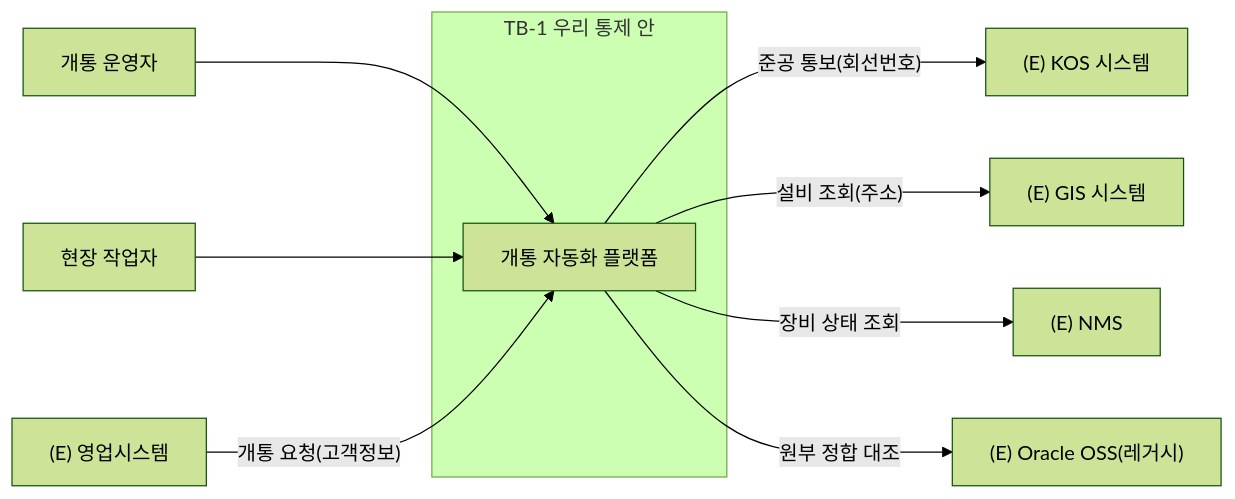
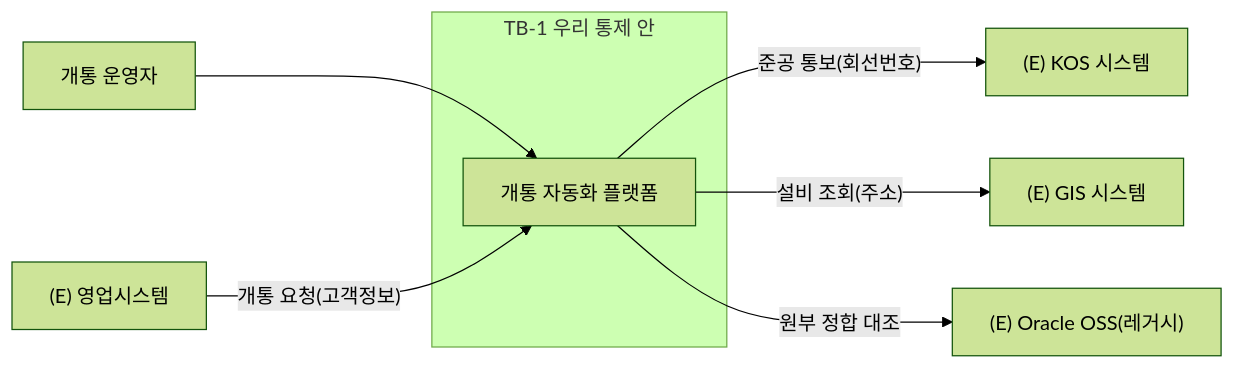
Before and after one commit to unicorn-campus/design-agentic-ai: the second of 2 diagrams in guides/02-논리아키텍처-가이드.md, drawn with Mermaid (forest theme). The commit also changed other lines of this file and 19 other files, not shown here.

````diff
--- a/guides/02-논리아키텍처-가이드.md
+++ b/guides/02-논리아키텍처-가이드.md
@@ -118,13 +127,11 @@
 ```mermaid
 flowchart LR
   OP["개통 운영자"] --> SYS
-  FW["현장 작업자"] --> SYS
   subgraph TB1["TB-1 우리 통제 안"]
     SYS["개통 자동화 플랫폼"]
   end
   SYS -->|"준공 통보(회선번호)"| KOS["(E) KOS 시스템"]
   SYS -->|"설비 조회(주소)"| GIS["(E) GIS 시스템"]
-  SYS -->|"장비 상태 조회"| NMS["(E) NMS"]
   SYS -->|"원부 정합 대조"| ORA["(E) Oracle OSS(레거시)"]
   SALE["(E) 영업시스템"] -->|"개통 요청(고객정보)"| SYS
 ```
````
